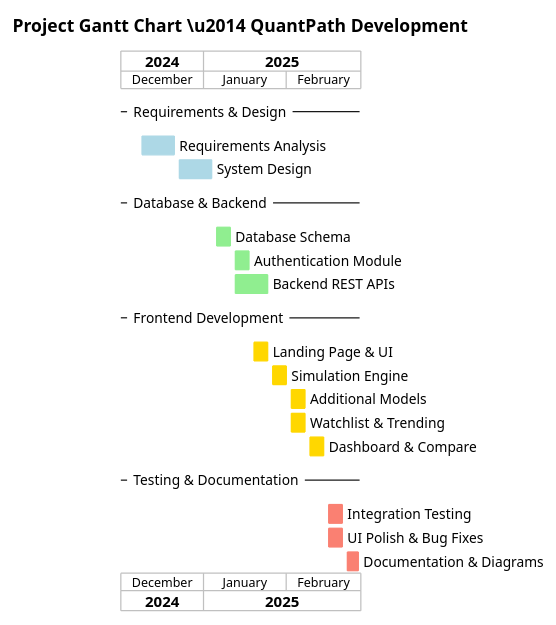
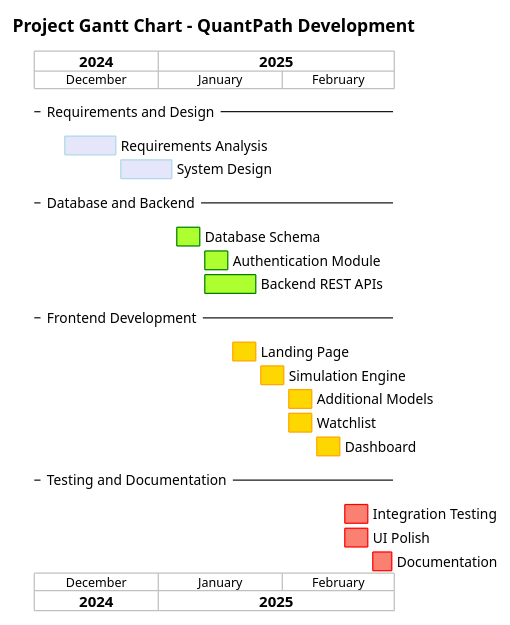
One commit to DSanmukha/QuantPath changed the eighth of 8 diagrams in docs/diagrams.puml. Above: the diagram before and after it, drawn with PlantUML. The commit also changed other lines of this file, not shown here.

Commit message:
Update ER diagram to true Chen notation and align Gantt chart scale

```diff
--- a/docs/diagrams.puml
+++ b/docs/diagrams.puml
@@ -401,40 +422,41 @@
 @startgantt Gantt_Chart
-title Project Gantt Chart \u2014 QuantPath Development
-printscale monthly zoom 2
-project starts 2024-12-01
 
--- Requirements & Design --
+printscale monthly zoom 3
+title Project Gantt Chart - QuantPath Development
+Project starts 2024-12-01
+
+-- Requirements and Design --
 [Requirements Analysis] starts 2024-12-08 and ends 2024-12-21
-[Requirements Analysis] is colored in LightBlue
+[Requirements Analysis] is colored in Lavender/LightBlue
 [System Design] starts 2024-12-22 and ends 2025-01-04
-[System Design] is colored in LightBlue
+[System Design] is colored in Lavender/LightBlue
 
--- Database & Backend --
+-- Database and Backend --
 [Database Schema] starts 2025-01-05 and ends 2025-01-11
-[Database Schema] is colored in LightGreen
+[Database Schema] is colored in GreenYellow/Green
 [Authentication Module] starts 2025-01-12 and ends 2025-01-18
-[Authentication Module] is colored in LightGreen
+[Authentication Module] is colored in GreenYellow/Green
 [Backend REST APIs] starts 2025-01-12 and ends 2025-01-25
-[Backend REST APIs] is colored in LightGreen
+[Backend REST APIs] is colored in GreenYellow/Green
 
 -- Frontend Development --
-[Landing Page & UI] starts 2025-01-19 and ends 2025-01-25
-[Landing Page & UI] is colored in Gold
+[Landing Page] starts 2025-01-19 and ends 2025-01-25
+[Landing Page] is colored in Gold/Orange
 [Simulation Engine] starts 2025-01-26 and ends 2025-02-01
-[Simulation Engine] is colored in Gold
+[Simulation Engine] is colored in Gold/Orange
 [Additional Models] starts 2025-02-02 and ends 2025-02-08
-[Additional Models] is colored in Gold
-[Watchlist & Trending] starts 2025-02-02 and ends 2025-02-08
-[Watchlist & Trending] is colored in Gold
-[Dashboard & Compare] starts 2025-02-09 and ends 2025-02-15
-[Dashboard & Compare] is colored in Gold
+[Additional Models] is colored in Gold/Orange
+[Watchlist] starts 2025-02-02 and ends 2025-02-08
+[Watchlist] is colored in Gold/Orange
+[Dashboard] starts 2025-02-09 and ends 2025-02-15
+[Dashboard] is colored in Gold/Orange
 
--- Testing & Documentation --
+-- Testing and Documentation --
 [Integration Testing] starts 2025-02-16 and ends 2025-02-22
-[Integration Testing] is colored in Salmon
-[UI Polish & Bug Fixes] starts 2025-02-16 and ends 2025-02-22
-[UI Polish & Bug Fixes] is colored in Salmon
-[Documentation & Diagrams] starts 2025-02-23 and ends 2025-02-28
-[Documentation & Diagrams] is colored in Salmon
+[Integration Testing] is colored in Salmon/Red
+[UI Polish] starts 2025-02-16 and ends 2025-02-22
+[UI Polish] is colored in Salmon/Red
+[Documentation] starts 2025-02-23 and ends 2025-02-28
+[Documentation] is colored in Salmon/Red
 
 @endgantt
```
